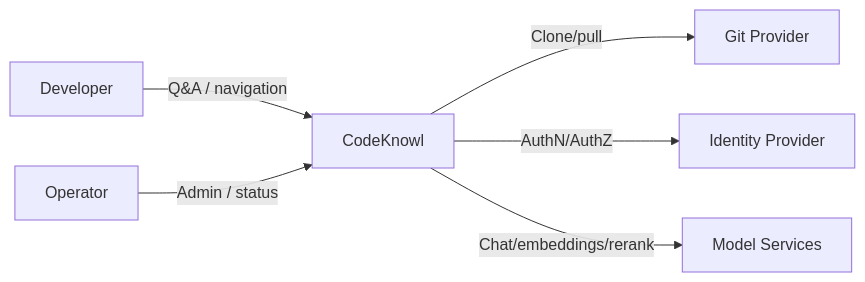
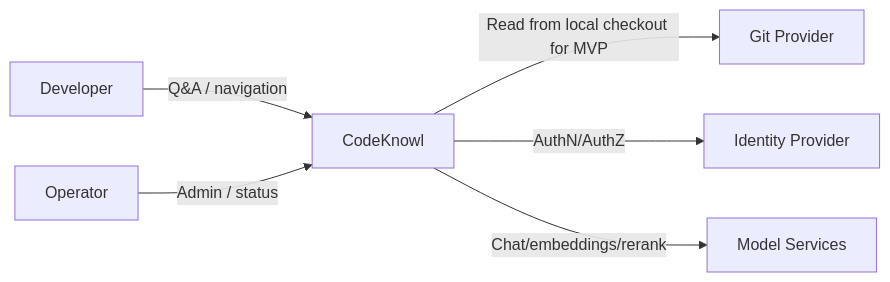
One commit to jensjohansen/codeknowl changed the first of 4 diagrams in docs/architecture-and-design.md. Above: the diagram before and after it, drawn with Mermaid. The commit also changed other lines of this file and 39 other files, not shown here.

````diff
--- a/docs/architecture-and-design.md
+++ b/docs/architecture-and-design.md
@@ -24,8 +30,8 @@
 ```mermaid
 flowchart LR
   dev[Developer] -->|Q&A / navigation| codeknowl[CodeKnowl]
   op[Operator] -->|Admin / status| codeknowl
-  codeknowl -->|Clone/pull| git[Git Provider]
+  codeknowl -->|Read from local checkout for MVP| git[Git Provider]
   codeknowl -->|AuthN/AuthZ| idp[Identity Provider]
   codeknowl -->|Chat/embeddings/rerank| models[Model Services]
 ```
````
